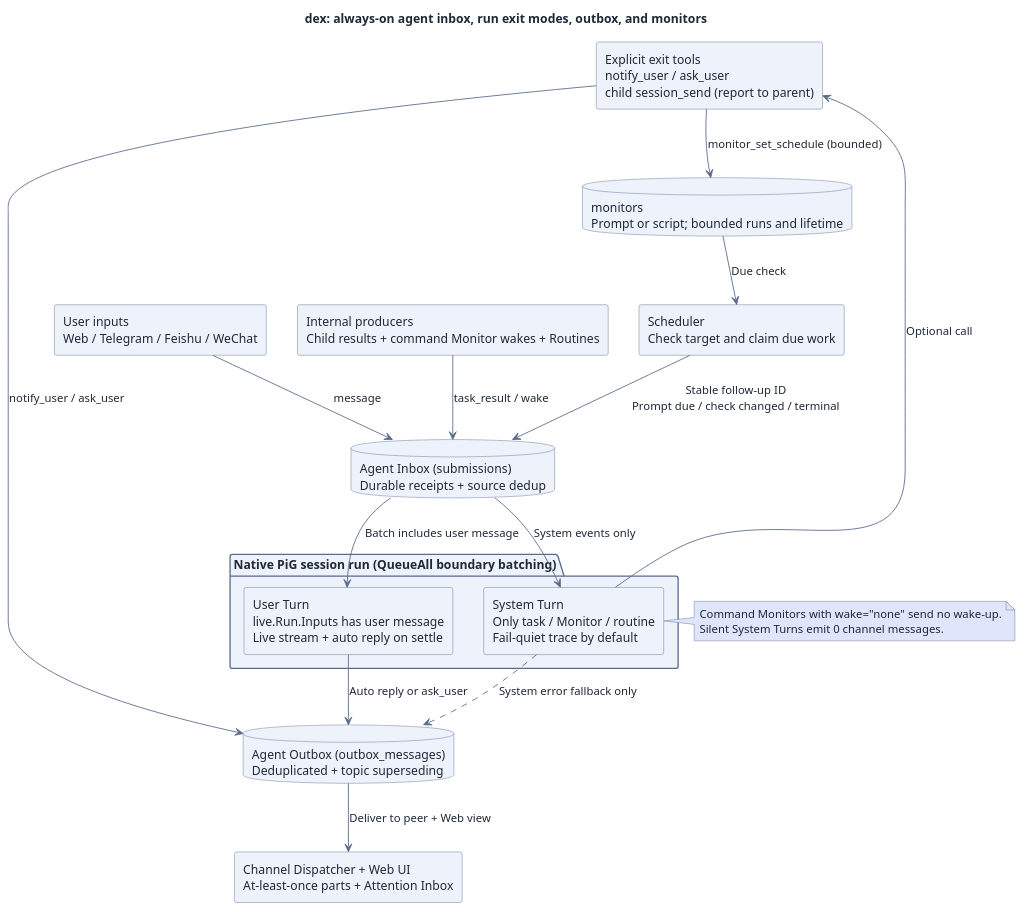
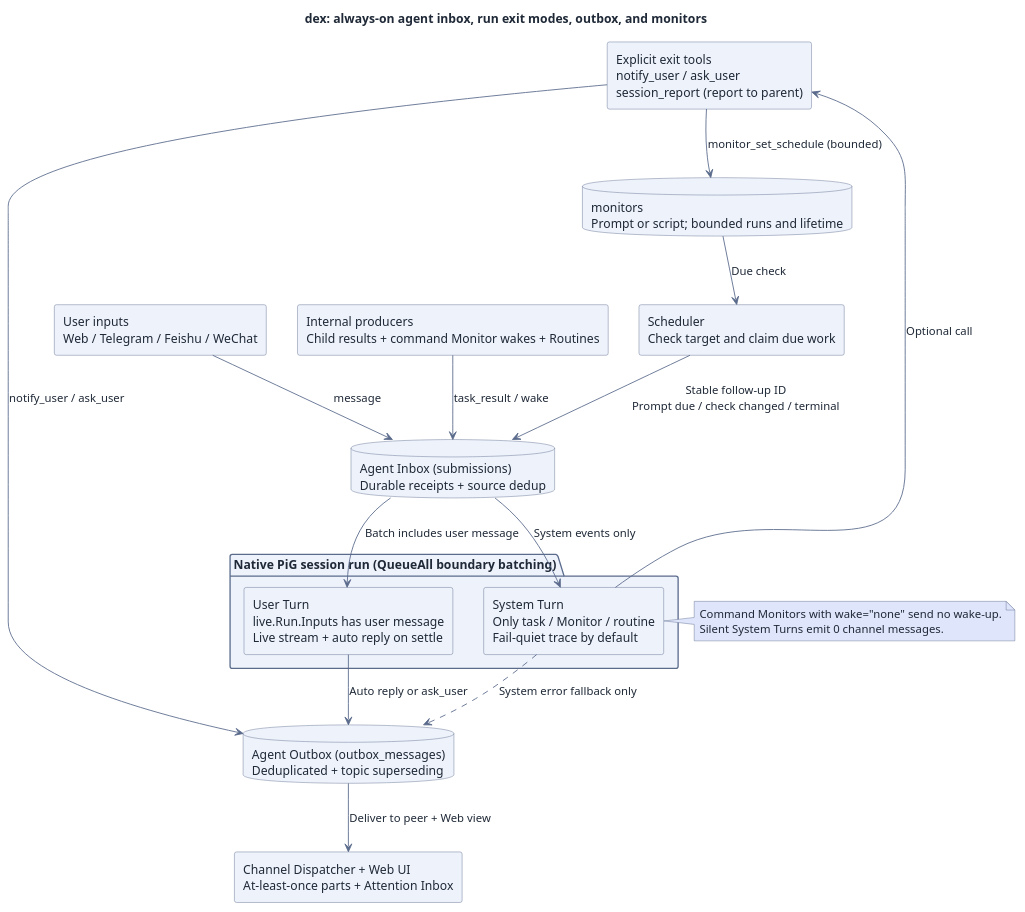
One commit to recally-io/dex changed the diagram in docs/assets/src/always-on-flow.puml. Above: the diagram before and after it, drawn with PlantUML. The commit also changed 16 other files, not shown here.

```diff
--- a/docs/assets/src/always-on-flow.puml
+++ b/docs/assets/src/always-on-flow.puml
@@ -1,55 +1,55 @@
 @startuml
 skinparam RectangleBackgroundColor #eef2fb
 skinparam RectangleBorderColor #5b6b8c
 skinparam RectangleFontColor #1f2937
 skinparam DatabaseBackgroundColor #eef2fb
 skinparam DatabaseBorderColor #5b6b8c
 skinparam DatabaseFontColor #1f2937
 skinparam PackageBackgroundColor #eef2fb
 skinparam PackageBorderColor #5b6b8c
 skinparam DefaultFontColor #1f2937
 skinparam ArrowColor #5b6b8c
 skinparam ArrowFontColor #1f2937
 skinparam NoteBackgroundColor #dfe5fb
 skinparam NoteBorderColor #5b6b8c
 skinparam NoteFontColor #1f2937
 skinparam BackgroundColor #ffffff
 title dex: always-on agent inbox, run exit modes, outbox, and monitors
 top to bottom direction
 
 rectangle "User inputs\nWeb / Telegram / Feishu / WeChat" as user_in
 rectangle "Internal producers\nChild results + command Monitor wakes + Routines" as sys_in
 database "monitors\nPrompt or script; bounded runs and lifetime" as monitors
 rectangle "Scheduler\nCheck target and claim due work" as sched
 
 database "Agent Inbox (submissions)\nDurable receipts + source dedup" as inbox
 
 package "Native PiG session run (QueueAll boundary batching)" as run {
   rectangle "User Turn\nlive.Run.Inputs has user message\nLive stream + auto reply on settle" as user_turn
   rectangle "System Turn\nOnly task / Monitor / routine\nFail-quiet trace by default" as sys_turn
 }
 
-rectangle "Explicit exit tools\nnotify_user / ask_user\nchild session_send (report to parent)" as tools
+rectangle "Explicit exit tools\nnotify_user / ask_user\nsession_report (report to parent)" as tools
 database "Agent Outbox (outbox_messages)\nDeduplicated + topic superseding" as outbox
 rectangle "Channel Dispatcher + Web UI\nAt-least-once parts + Attention Inbox" as dispatch
 
 monitors --> sched : Due check
 sched --> inbox : Stable follow-up ID\nPrompt due / check changed / terminal
 user_in --> inbox : message
 sys_in --> inbox : task_result / wake
 
 inbox --> user_turn : Batch includes user message
 inbox --> sys_turn : System events only
 
 user_turn --> outbox : Auto reply or ask_user
 sys_turn --> tools : Optional call
 tools --> outbox : notify_user / ask_user
 tools --> monitors : monitor_set_schedule (bounded)
 sys_turn ..> outbox : System error fallback only
 
 outbox --> dispatch : Deliver to peer + Web view
 note right of sys_turn
   Command Monitors with wake="none" send no wake-up.
   Silent System Turns emit 0 channel messages.
 end note
 @enduml
```
